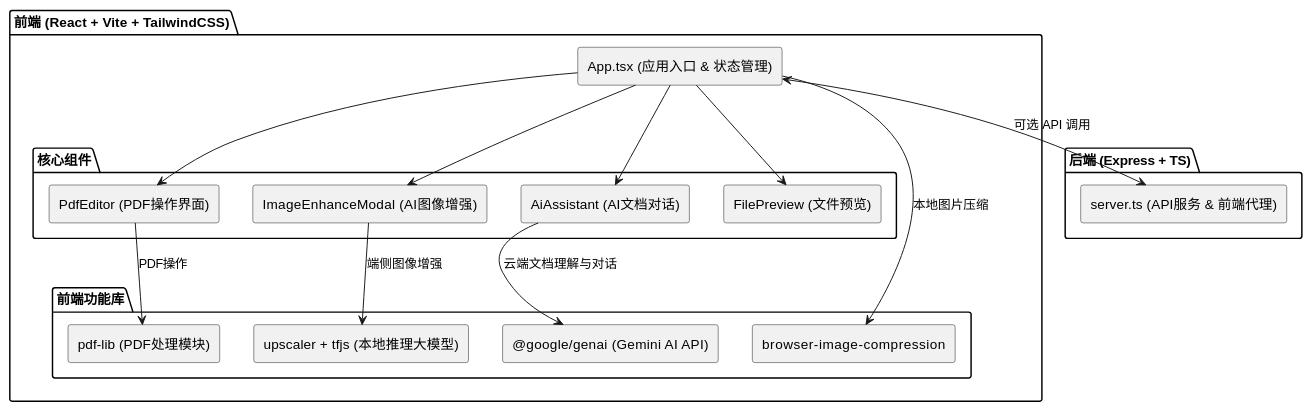
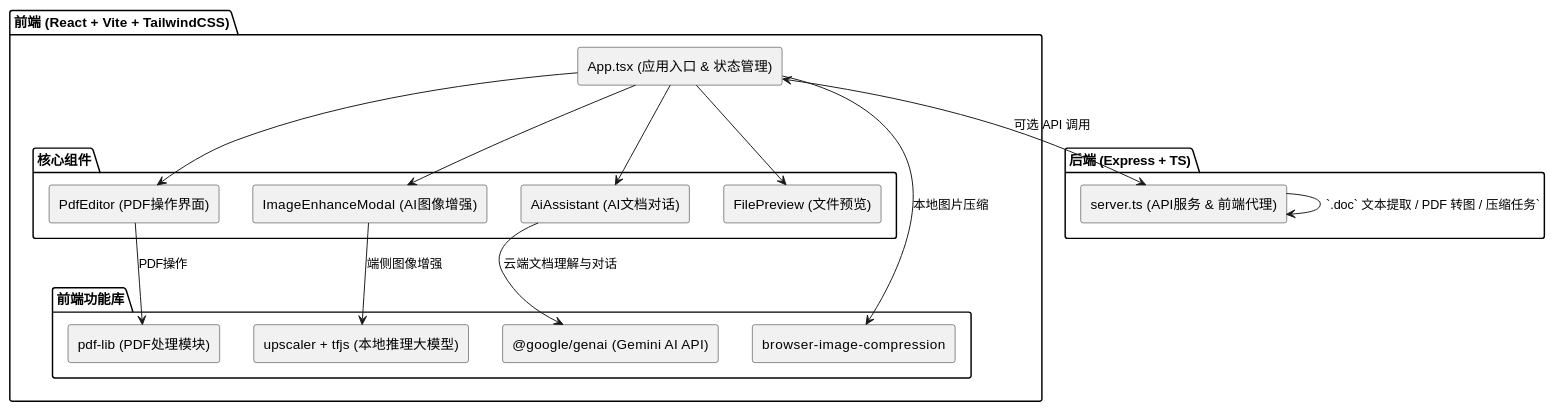
The diagram in docs/architecture.md (miyatsu/student-task), drawn with PlantUML before and after one commit. The commit also changed other lines of this file and 16 other files, not shown here.

Commit message:
feat: enhance word conversion flow

````diff
--- a/docs/architecture.md
+++ b/docs/architecture.md
@@ -49,39 +56,40 @@
 ```plantuml
 @startuml
 skinparam componentStyle rectangle
 
 package "前端 (React + Vite + TailwindCSS)" {
   [App.tsx (应用入口 & 状态管理)] as App
   
   package "核心组件" {
     [PdfEditor (PDF操作界面)] as PdfEditor
     [ImageEnhanceModal (AI图像增强)] as ImageEnhanceModal
     [AiAssistant (AI文档对话)] as AiAssistant
     [FilePreview (文件预览)] as FilePreview
   }
   
   package "前端功能库" {
     [pdf-lib (PDF处理模块)] as PDFLib
     [upscaler + tfjs (本地推理大模型)] as TFJS
     [@google/genai (Gemini AI API)] as GeminiAPI
     [browser-image-compression] as ImageCompression
   }
 }
 
 package "后端 (Express + TS)" {
   [server.ts (API服务 & 前端代理)] as Backend
 }
 
 App --> PdfEditor
 App --> ImageEnhanceModal
 App --> AiAssistant
 App --> FilePreview
 
 PdfEditor --> PDFLib : PDF操作
 ImageEnhanceModal --> TFJS : 端侧图像增强
 AiAssistant --> GeminiAPI : 云端文档理解与对话
 App --> ImageCompression : 本地图片压缩
 
 App <--> Backend : 可选 API 调用
+Backend --> Backend : `.doc` 文本提取 / PDF 转图 / 压缩任务`
 @enduml
 ```
````
